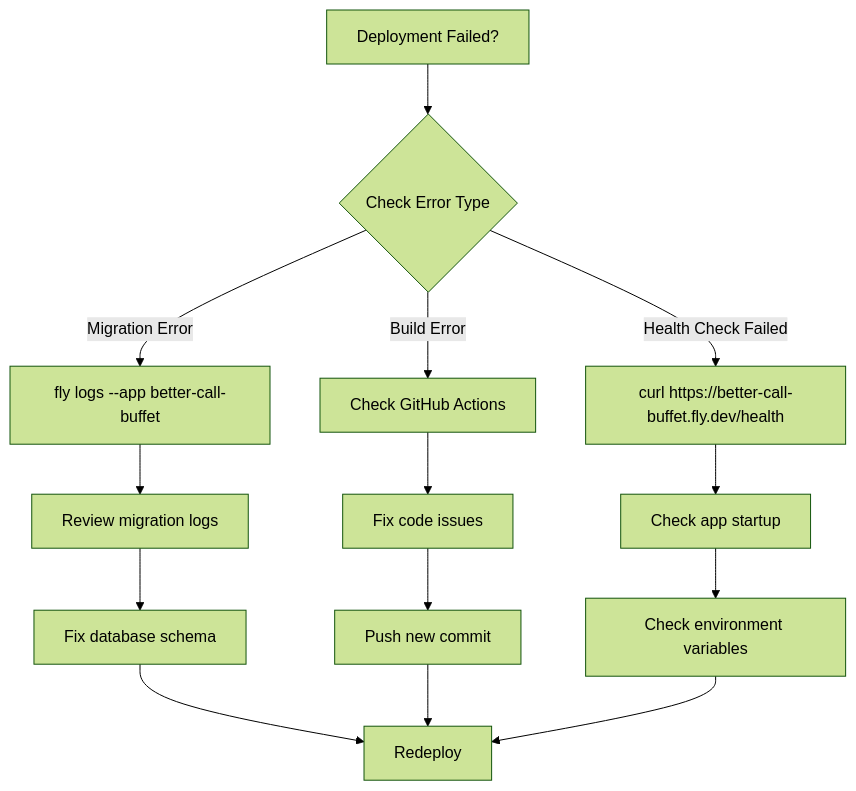
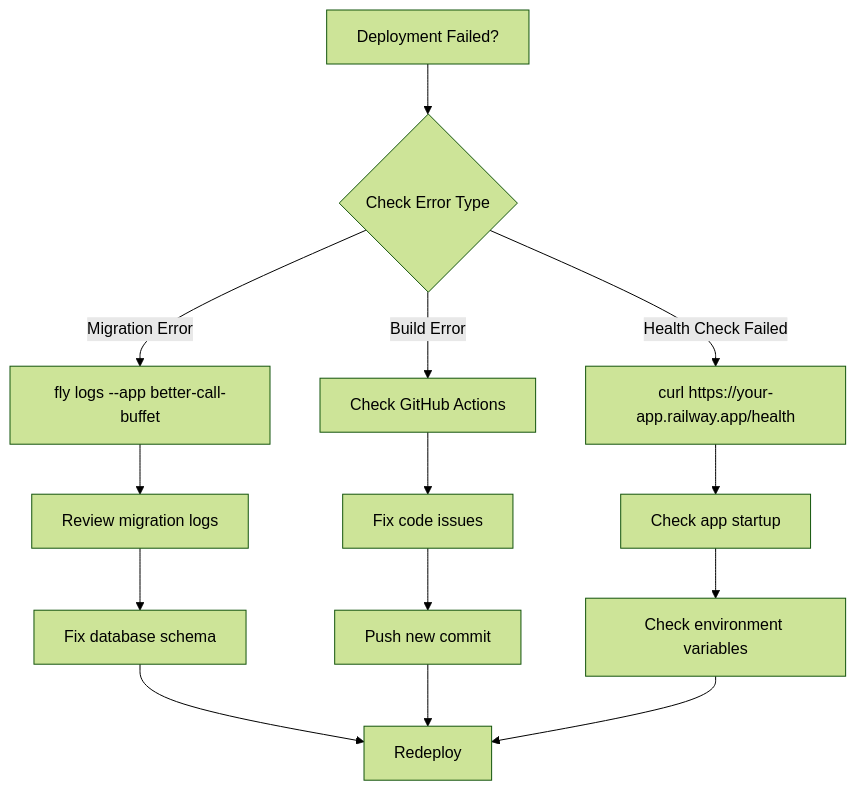
The seventh of 7 diagrams in README.md (mariobrusarosco/better-call-buffet), drawn with Mermaid (forest theme) before and after one commit. The commit also changed other lines of this file and 14 other files, not shown here.

````diff
--- a/README.md
+++ b/README.md
@@ -246,20 +245,20 @@
 ```mermaid
 flowchart TD
     A[Deployment Failed?] --> B{Check Error Type}
     
     B -->|Migration Error| C[fly logs --app better-call-buffet]
     B -->|Build Error| D[Check GitHub Actions]
-    B -->|Health Check Failed| E[curl https://better-call-buffet.fly.dev/health]
+    B -->|Health Check Failed| E[curl https://your-app.railway.app/health]
     
     C --> F[Review migration logs]
     D --> G[Fix code issues]
     E --> H[Check app startup]
     
     F --> I[Fix database schema]
     G --> J[Push new commit]
     H --> K[Check environment variables]
     
     I --> L[Redeploy]
     J --> L
     K --> L
 ```
````
